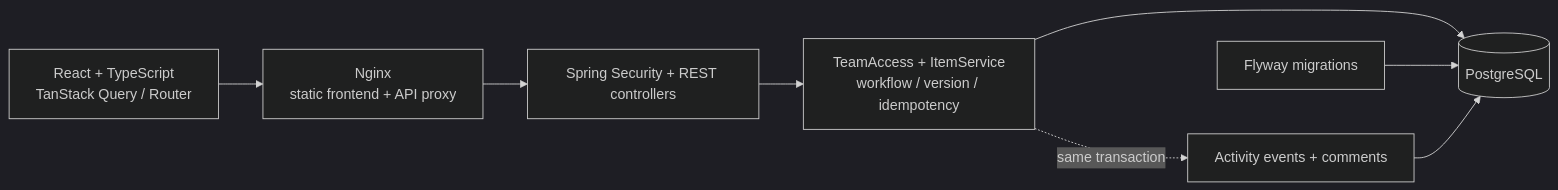
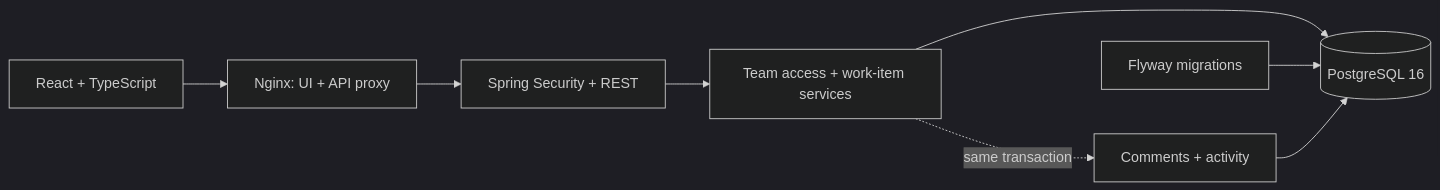
Before and after one commit to Gautam-aman/Newtonite-Software-Engineering-Challenge: the second of 2 diagrams in README.md, drawn with Mermaid (dark theme). The commit also changed other lines of this file, not shown here.

````diff
--- a/README.md
+++ b/README.md
@@ -69,10 +152,10 @@
 ```mermaid
 flowchart LR
-    Browser[React + TypeScript\nTanStack Query / Router] --> Nginx[Nginx\nstatic frontend + API proxy]
-    Nginx --> API[Spring Security + REST controllers]
-    API --> Services[TeamAccess + ItemService\nworkflow / version / idempotency]
-    Services --> DB[(PostgreSQL)]
+    Browser[React + TypeScript] --> Nginx[Nginx: UI + API proxy]
+    Nginx --> API[Spring Security + REST]
+    API --> Services[Team access + work-item services]
+    Services --> DB[(PostgreSQL 16)]
     Flyway[Flyway migrations] --> DB
-    Services -. same transaction .-> Audit[Activity events + comments]
-    Audit --> DB
+    Services -. same transaction .-> History[Comments + activity]
+    History --> DB
 ```
````
